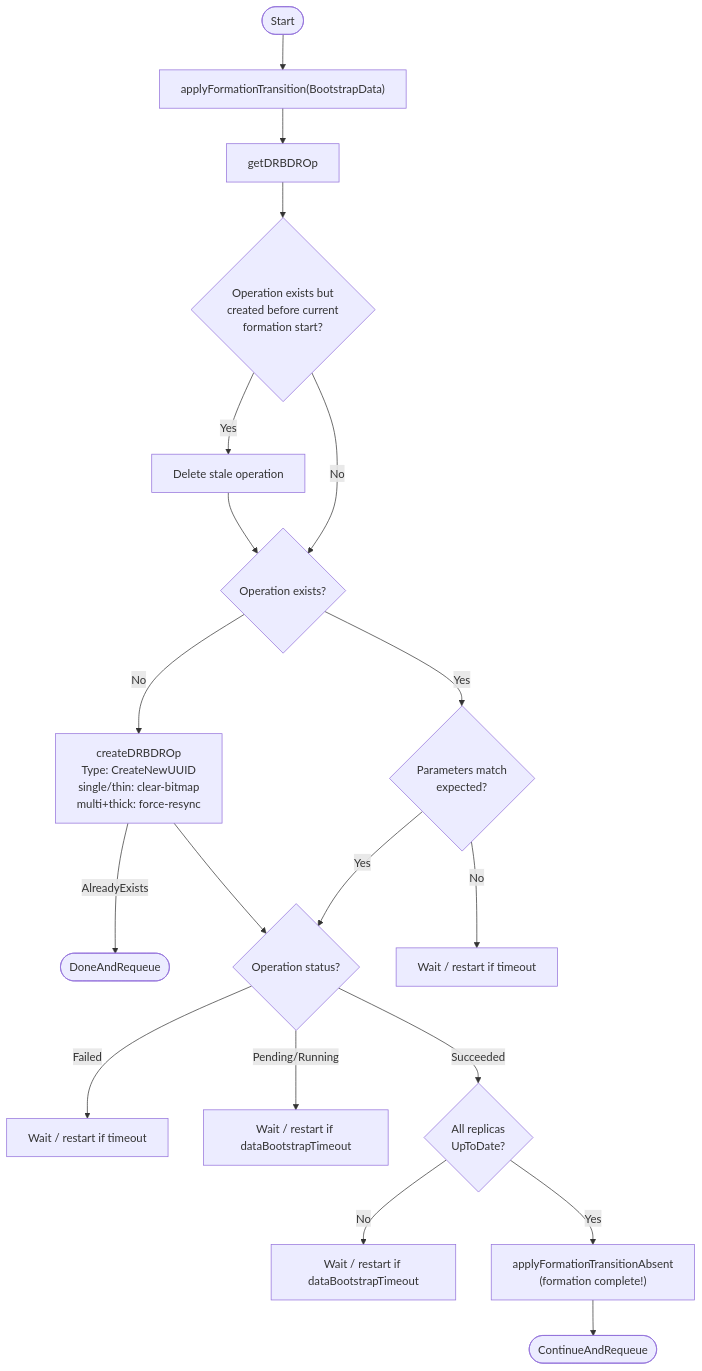
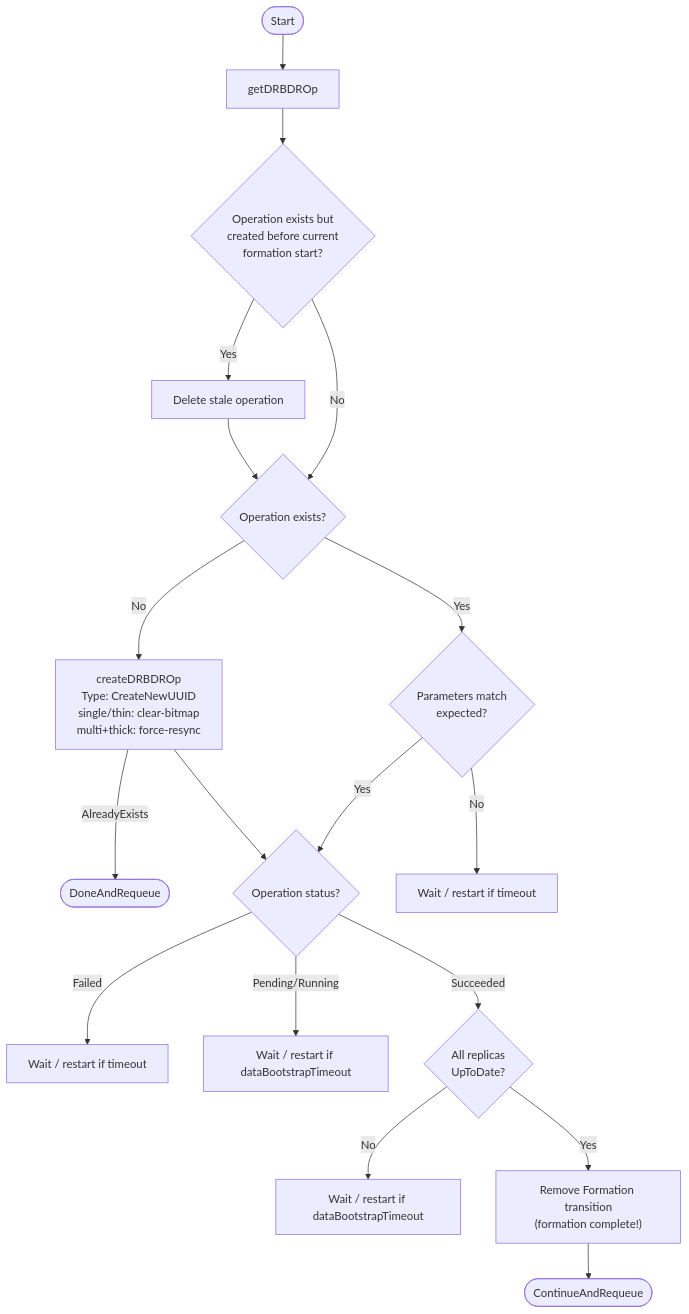
The seventh of 13 diagrams in images/controller/internal/controllers/rv_controller/README.md (deckhouse/sds-replicated-volume), drawn with Mermaid before and after one commit. The commit also changed other lines of this file and 13 other files, not shown here.

````diff
--- a/images/controller/internal/controllers/rv_controller/README.md
+++ b/images/controller/internal/controllers/rv_controller/README.md
@@ -617,26 +617,25 @@
 ```mermaid
 flowchart TD
-    Start([Start]) --> ApplyTransition["applyFormationTransition(BootstrapData)"]
-    ApplyTransition --> GetOp[getDRBDROp]
+    Start([Start]) --> GetOp[getDRBDROp]
     GetOp --> CheckStale{"Operation exists but<br/>created before current<br/>formation start?"}
     CheckStale -->|Yes| DeleteStale[Delete stale operation]
     DeleteStale --> CheckExists
 
     CheckStale -->|No| CheckExists{Operation exists?}
     CheckExists -->|No| CreateOp["createDRBDROp<br/>Type: CreateNewUUID<br/>single/thin: clear-bitmap<br/>multi+thick: force-resync"]
     CreateOp -->|AlreadyExists| Requeue([DoneAndRequeue])
     CreateOp --> CheckStatus
 
     CheckExists -->|Yes| VerifyParams{"Parameters match<br/>expected?"}
     VerifyParams -->|No| WaitRestart1[Wait / restart if timeout]
     VerifyParams -->|Yes| CheckStatus
 
     CheckStatus{"Operation status?"}
     CheckStatus -->|Failed| WaitRestart2[Wait / restart if timeout]
     CheckStatus -->|Pending/Running| WaitTimeout[Wait / restart if dataBootstrapTimeout]
     CheckStatus -->|Succeeded| CheckUpToDate{"All replicas<br/>UpToDate?"}
 
     CheckUpToDate -->|No| WaitSync[Wait / restart if dataBootstrapTimeout]
-    CheckUpToDate -->|Yes| Complete["applyFormationTransitionAbsent<br/>(formation complete!)"]
+    CheckUpToDate -->|Yes| Complete["Remove Formation transition<br/>(formation complete!)"]
     Complete --> End([ContinueAndRequeue])
 ```
````
